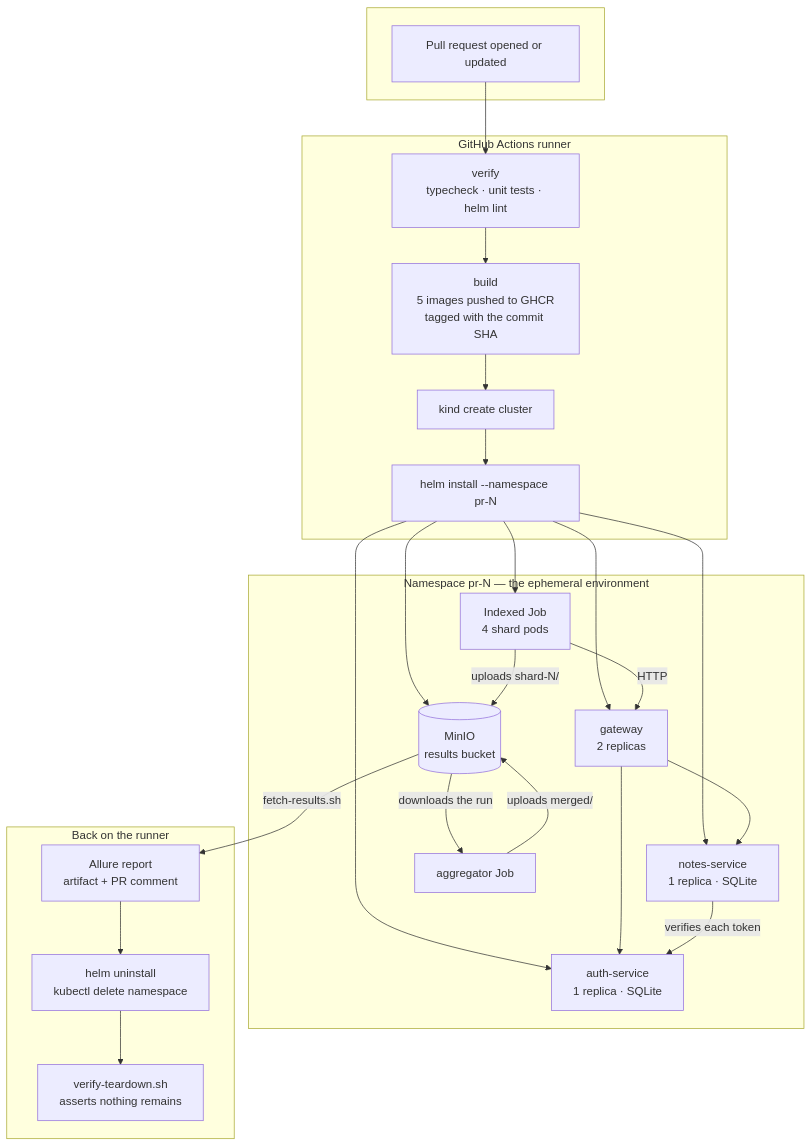
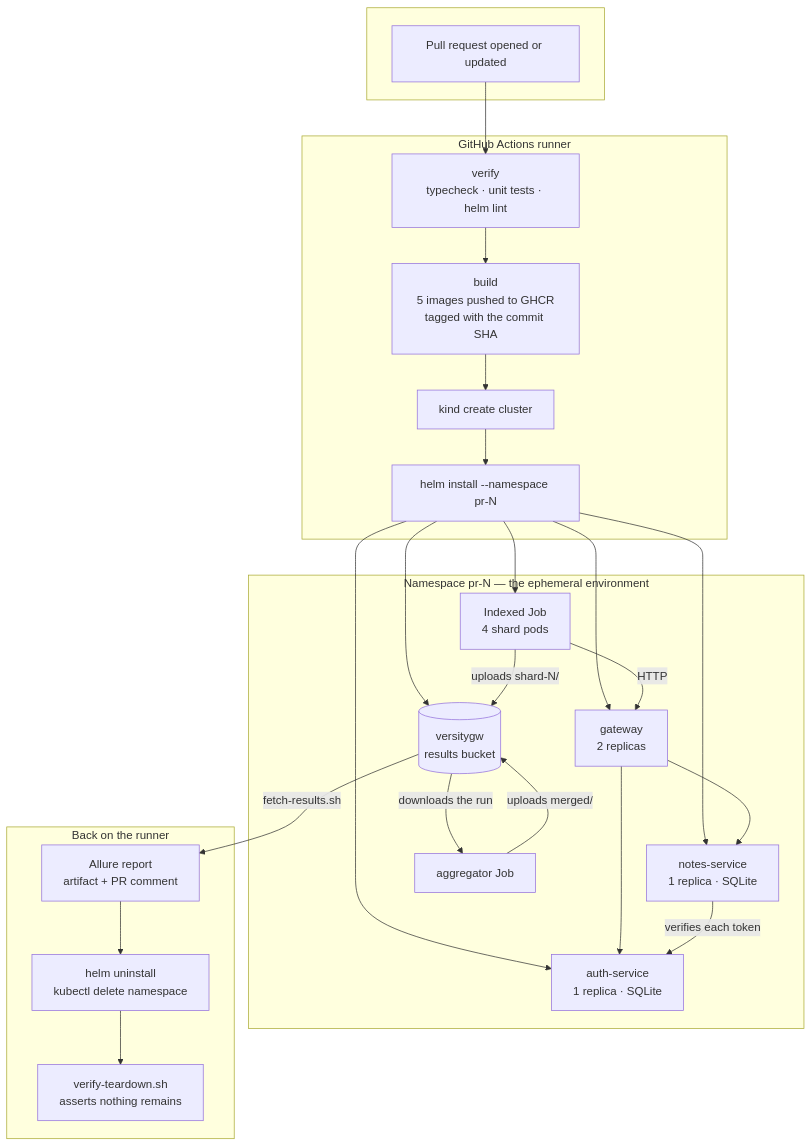
Before and after one commit to AKogut/ephemeral-k8s-test-envs: the diagram in docs/architecture.md, drawn with Mermaid. The commit also changed other lines of this file and 36 other files, not shown here.

````diff
--- a/docs/architecture.md
+++ b/docs/architecture.md
@@ -21,39 +21,39 @@
 ```mermaid
 flowchart TB
     subgraph trigger[" "]
         PR[Pull request opened or updated]
     end
 
     subgraph ci["GitHub Actions runner"]
         VERIFY[verify<br/>typecheck · unit tests · helm lint]
         BUILD[build<br/>5 images pushed to GHCR<br/>tagged with the commit SHA]
         KIND[kind create cluster]
         HELM[helm install --namespace pr-N]
     end
 
     subgraph ns["Namespace pr-N — the ephemeral environment"]
         GW[gateway<br/>2 replicas]
         AUTH[auth-service<br/>1 replica · SQLite]
         NOTES[notes-service<br/>1 replica · SQLite]
         JOB[Indexed Job<br/>4 shard pods]
-        MINIO[(MinIO<br/>results bucket)]
+        STORE[(versitygw<br/>results bucket)]
         AGG[aggregator Job]
     end
 
     subgraph after["Back on the runner"]
         REPORT[Allure report<br/>artifact + PR comment]
         DOWN[helm uninstall<br/>kubectl delete namespace]
         PROVE[verify-teardown.sh<br/>asserts nothing remains]
     end
 
     PR --> VERIFY --> BUILD --> KIND --> HELM
-    HELM --> GW & AUTH & NOTES & JOB & MINIO
+    HELM --> GW & AUTH & NOTES & JOB & STORE
     GW --> AUTH & NOTES
     NOTES -->|verifies each token| AUTH
     JOB -->|HTTP| GW
-    JOB -->|uploads shard-N/| MINIO
-    MINIO -->|downloads the run| AGG
-    AGG -->|uploads merged/| MINIO
-    MINIO -->|fetch-results.sh| REPORT
+    JOB -->|uploads shard-N/| STORE
+    STORE -->|downloads the run| AGG
+    AGG -->|uploads merged/| STORE
+    STORE -->|fetch-results.sh| REPORT
     REPORT --> DOWN --> PROVE
 ```
````
